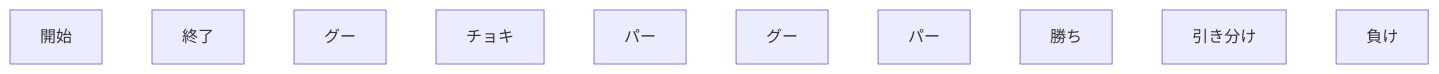
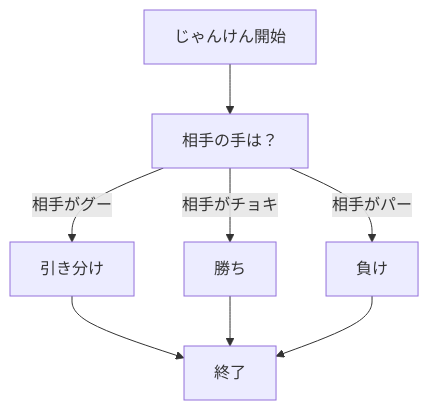
Before and after one commit to Bunnies0722/webpro_06: the first of 2 diagrams in README.md, drawn with Mermaid.

Commit message:
レポート1

````diff
--- a/README.md
+++ b/README.md
@@ -18,18 +18,21 @@
 ```mermaid
 flowchart TD;
 
-start["開始"];
-end1["終了"]
-hand1["グー"]
-hand2["チョキ"]
-hand3["パー"]
-CPUhand1["グー"]
-CPUhand["チョキ"]
-CPUhand["パー"]
-win["勝ち"]
-draw["引き分け"]
-loose["負け"]
+start["じゃんけん開始"];
+decision["相手の手は？"];
+tie["引き分け"];
+win["勝ち"];
+lose["負け"];
+end1["終了"];
 
+start --> decision;
 
+decision --> |相手がグー| tie;
+decision --> |相手がチョキ| win;
+decision --> |相手がパー| lose;
+
+tie --> end1;
+win --> end1;
+lose --> end1;
 
 ```
````
